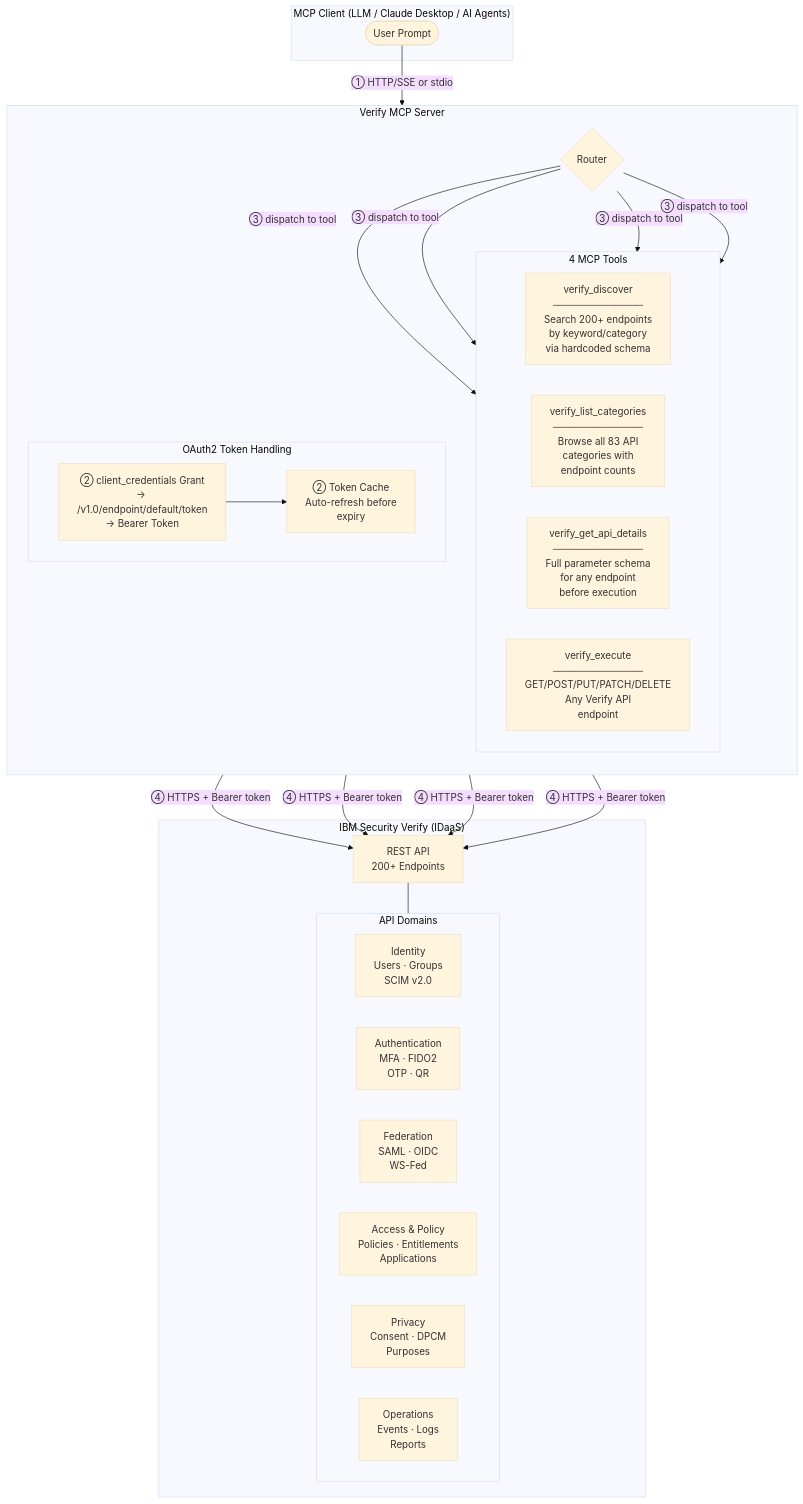
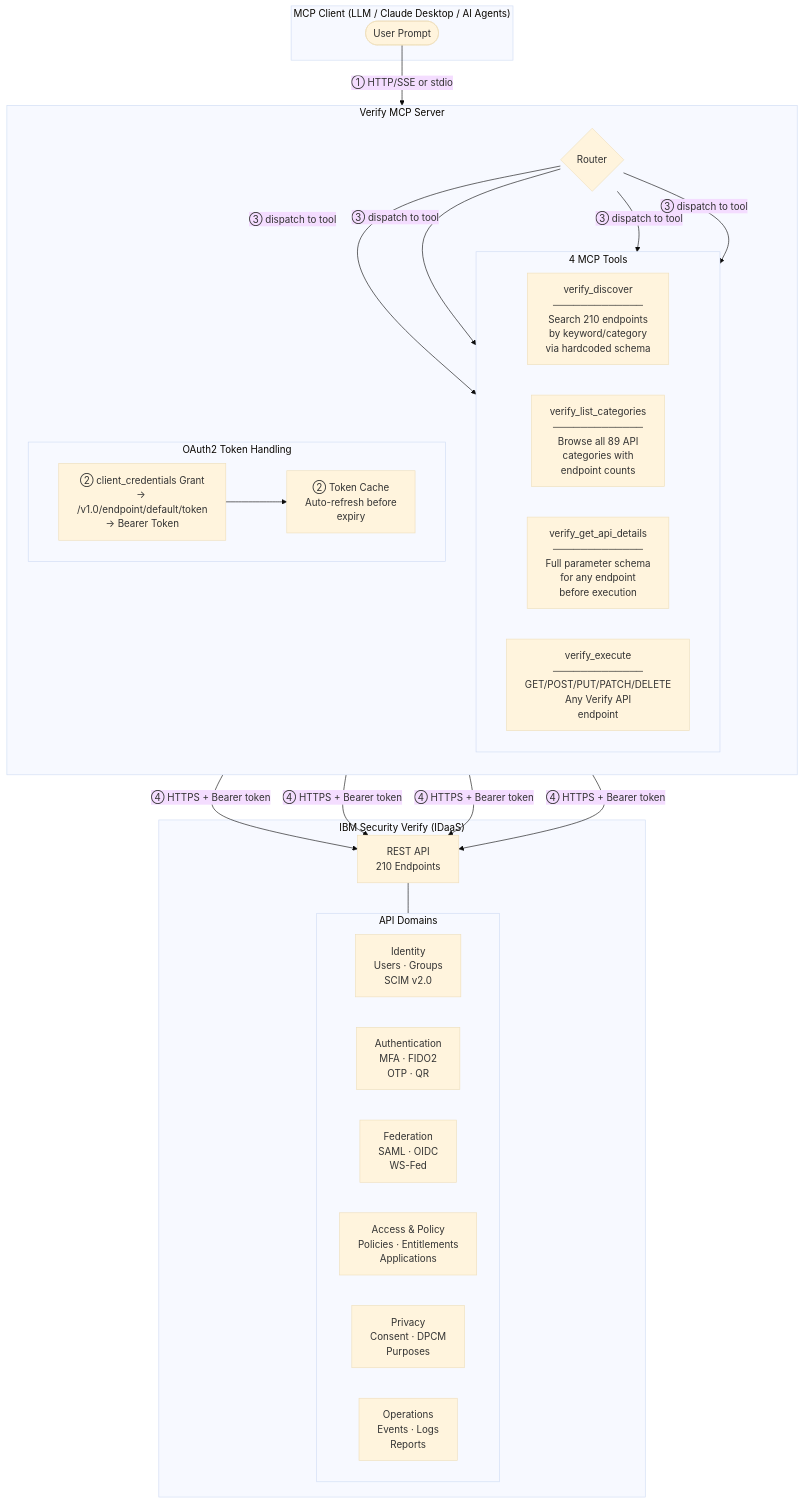
One commit to IBM/verify-mcp-server changed the second of 4 diagrams in README.md. Above: the diagram before and after it, drawn with Mermaid (base theme). The commit also changed other lines of this file and 11 other files, not shown here.

````diff
--- a/README.md
+++ b/README.md
@@ -247,45 +253,45 @@
 ```mermaid
 flowchart TB
     subgraph CLIENT["MCP Client (LLM / Claude Desktop / AI Agents)"]
         U([User Prompt])
     end
 
     subgraph MCP["Verify MCP Server"]
         direction TB
         T{Router}
 
         subgraph TOOLS["4 MCP Tools"]
             direction LR
-            T1["verify_discover\n─────────────\nSearch 200+ endpoints\nby keyword/category\nvia hardcoded schema"]
-            T2["verify_list_categories\n─────────────\nBrowse all 83 API\ncategories with\nendpoint counts"]
+            T1["verify_discover\n─────────────\nSearch 210 endpoints\nby keyword/category\nvia hardcoded schema"]
+            T2["verify_list_categories\n─────────────\nBrowse all 89 API\ncategories with\nendpoint counts"]
             T3["verify_get_api_details\n─────────────\nFull parameter schema\nfor any endpoint\nbefore execution"]
             T4["verify_execute\n─────────────\nGET/POST/PUT/PATCH/DELETE\nAny Verify API\nendpoint"]
         end
 
         subgraph AUTH["OAuth2 Token Handling"]
             direction LR
             CC["② client_credentials Grant\n→ /v1.0/endpoint/default/token\n→ Bearer Token"]
             CACHE["② Token Cache\nAuto-refresh before\nexpiry"]
         end
 
         CC --> CACHE
     end
 
     subgraph VERIFY["IBM Security Verify (IDaaS)"]
-        API["REST API\n200+ Endpoints"]
+        API["REST API\n210 Endpoints"]
         subgraph CATEGORIES["API Domains"]
             direction LR
             C1["Identity\nUsers · Groups\nSCIM v2.0"]
             C2["Authentication\nMFA · FIDO2\nOTP · QR"]
             C3["Federation\nSAML · OIDC\nWS-Fed"]
             C4["Access & Policy\nPolicies · Entitlements\nApplications"]
             C5["Privacy\nConsent · DPCM\nPurposes"]
             C6["Operations\nEvents · Logs\nReports"]
         end
     end
 
     U -->|"① HTTP/SSE or stdio"| T
     T -->|"③ dispatch to tool"| T1 & T2 & T3 & T4
     T1 & T2 & T3 & T4 -->|"④ HTTPS + Bearer token"| API
     API --- CATEGORIES
 ```
````
